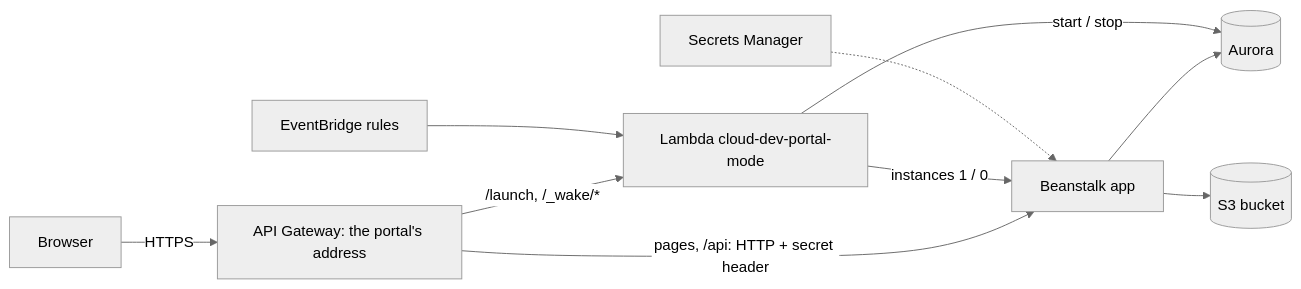
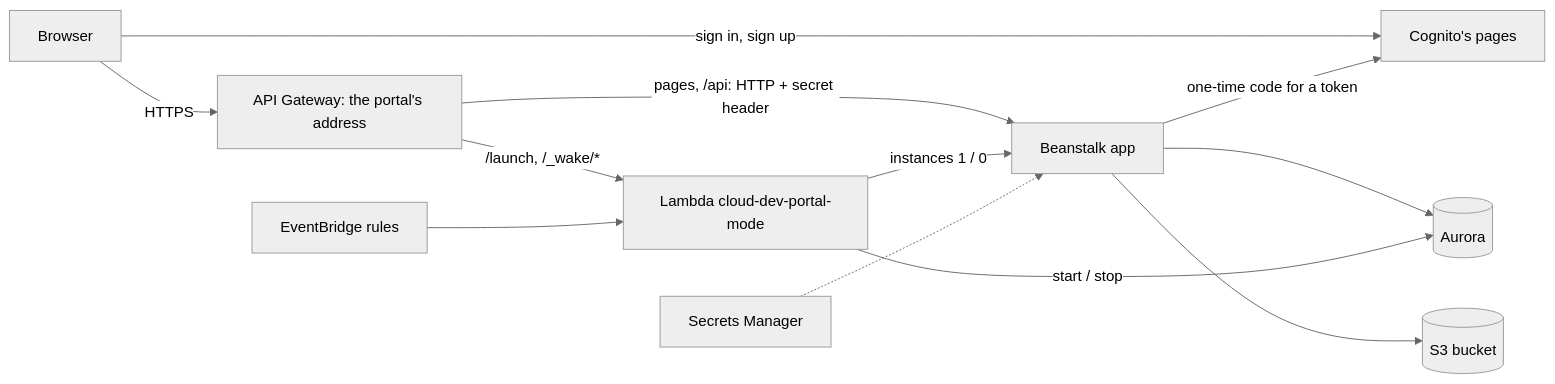
The diagram in docs/lab-2-cloudformation.md (EpistemeHobo/black-cloud-portal), drawn with Mermaid (neutral theme) before and after one commit. The commit also changed other lines of this file and 25 other files, not shown here.

First line of the commit message:
Move sign-in and sign-up to Cognito

````diff
--- a/docs/lab-2-cloudformation.md
+++ b/docs/lab-2-cloudformation.md
@@ -13,12 +13,14 @@
 ```mermaid
 flowchart LR
     User[Browser] -->|HTTPS| API[API Gateway: the portal's address]
+    User -->|sign in, sign up| Cog[Cognito's pages]
     API -->|pages, /api: HTTP + secret header| EB[Beanstalk app]
     API -->|/launch, /_wake/*| Fn[Lambda cloud-dev-portal-mode]
     Timer[EventBridge rules] --> Fn
+    EB -->|one-time code for a token| Cog
     EB --> Aurora[(Aurora)]
     EB --> S3[(S3 bucket)]
     Fn -->|start / stop| Aurora
     Fn -->|instances 1 / 0| EB
     Secrets[Secrets Manager] -.-> EB
 ```
````
